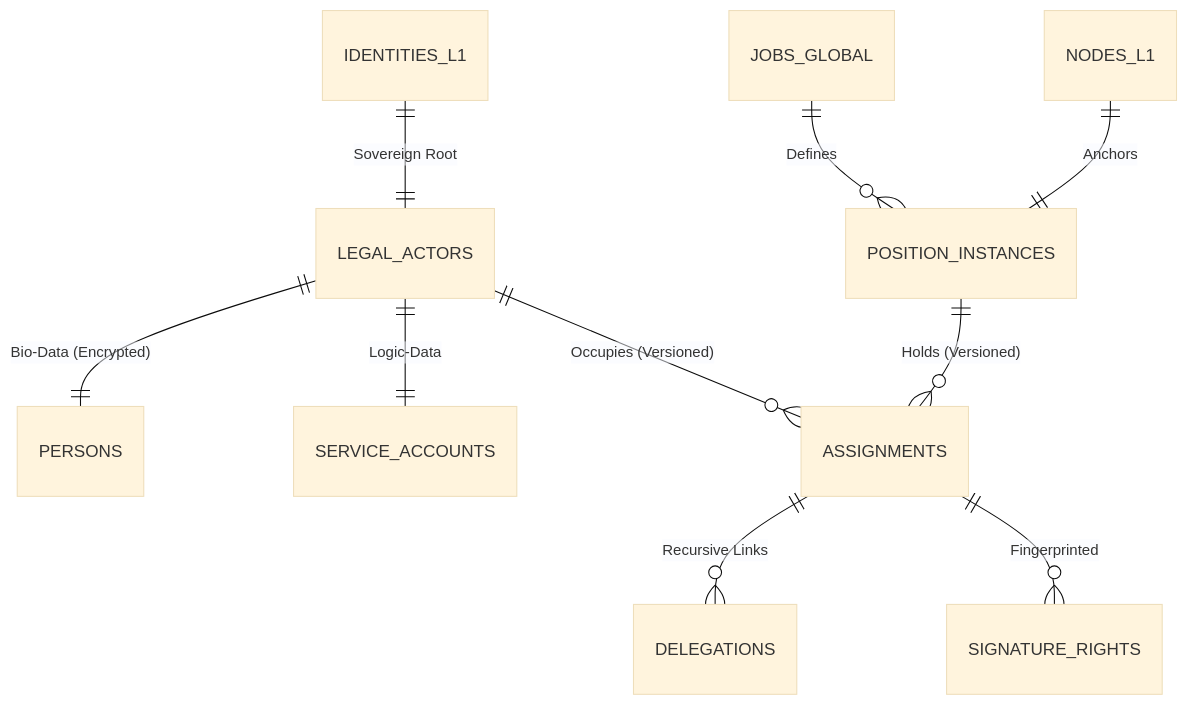
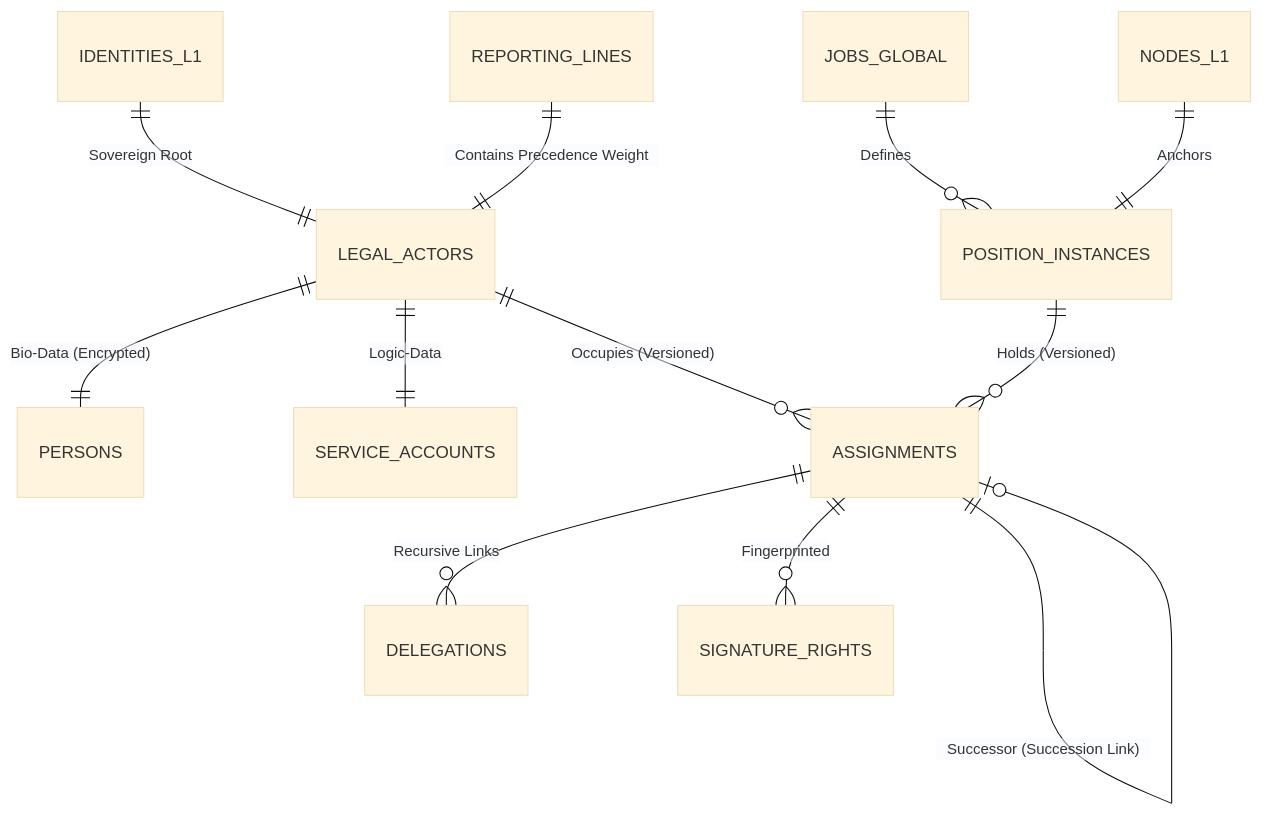
Before and after one commit to mohamedriyad1408/MJRH-INDUSTRIAL-REVOLUTION: the diagram in src/v4/docs/l2/ER_DIAGRAM.md, drawn with Mermaid (base theme). The commit also changed other lines of this file and 1 other file, not shown here.

Commit message:
fix(l2): achieve systemic cohesion v4.1 - unified actor model and successor integrity

````diff
--- a/src/v4/docs/l2/ER_DIAGRAM.md
+++ b/src/v4/docs/l2/ER_DIAGRAM.md
@@ -3,15 +3,18 @@
 ```mermaid
 erDiagram
     IDENTITIES_L1 ||--|| LEGAL_ACTORS : "Sovereign Root"
     LEGAL_ACTORS ||--|| PERSONS : "Bio-Data (Encrypted)"
     LEGAL_ACTORS ||--|| SERVICE_ACCOUNTS : "Logic-Data"
     
     JOBS_GLOBAL ||--o{ POSITION_INSTANCES : "Defines"
     NODES_L1 ||--|| POSITION_INSTANCES : "Anchors"
     
     LEGAL_ACTORS ||--o{ ASSIGNMENTS : "Occupies (Versioned)"
     POSITION_INSTANCES ||--o{ ASSIGNMENTS : "Holds (Versioned)"
     
     ASSIGNMENTS ||--o{ DELEGATIONS : "Recursive Links"
     ASSIGNMENTS ||--o{ SIGNATURE_RIGHTS : "Fingerprinted"
+    
+    ASSIGNMENTS ||--o| ASSIGNMENTS : "Successor (Succession Link)"
+    REPORTING_LINES ||--|| LEGAL_ACTORS : "Contains Precedence Weight"
 ```
````
